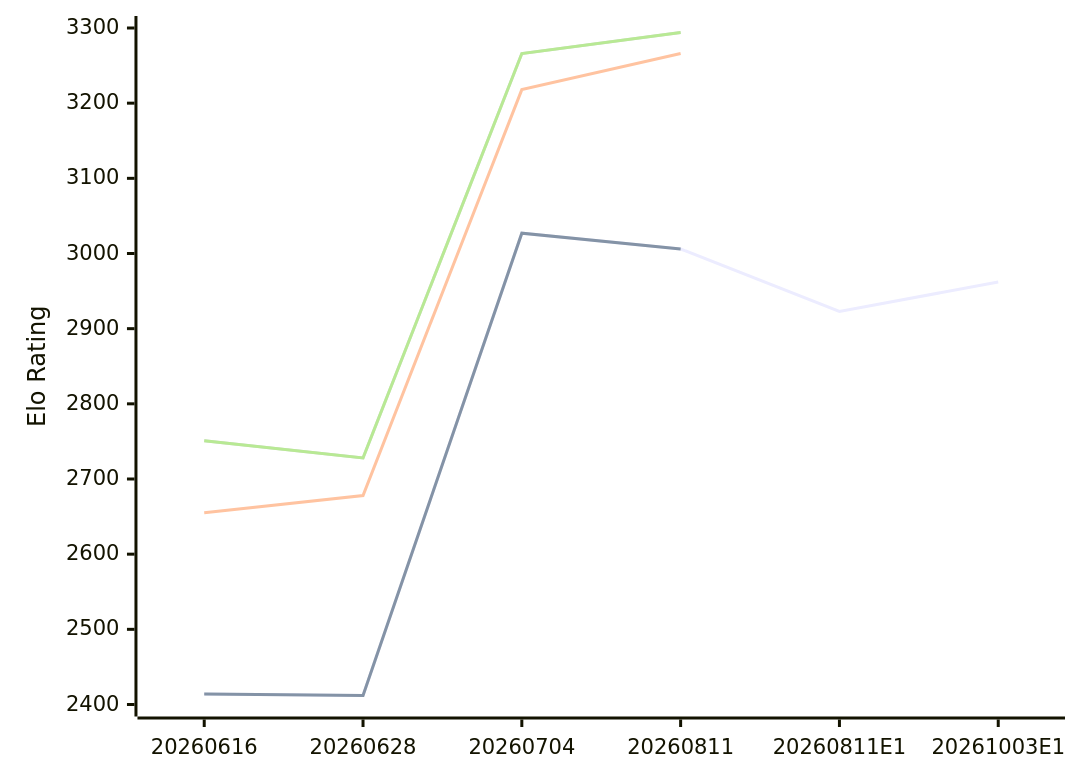
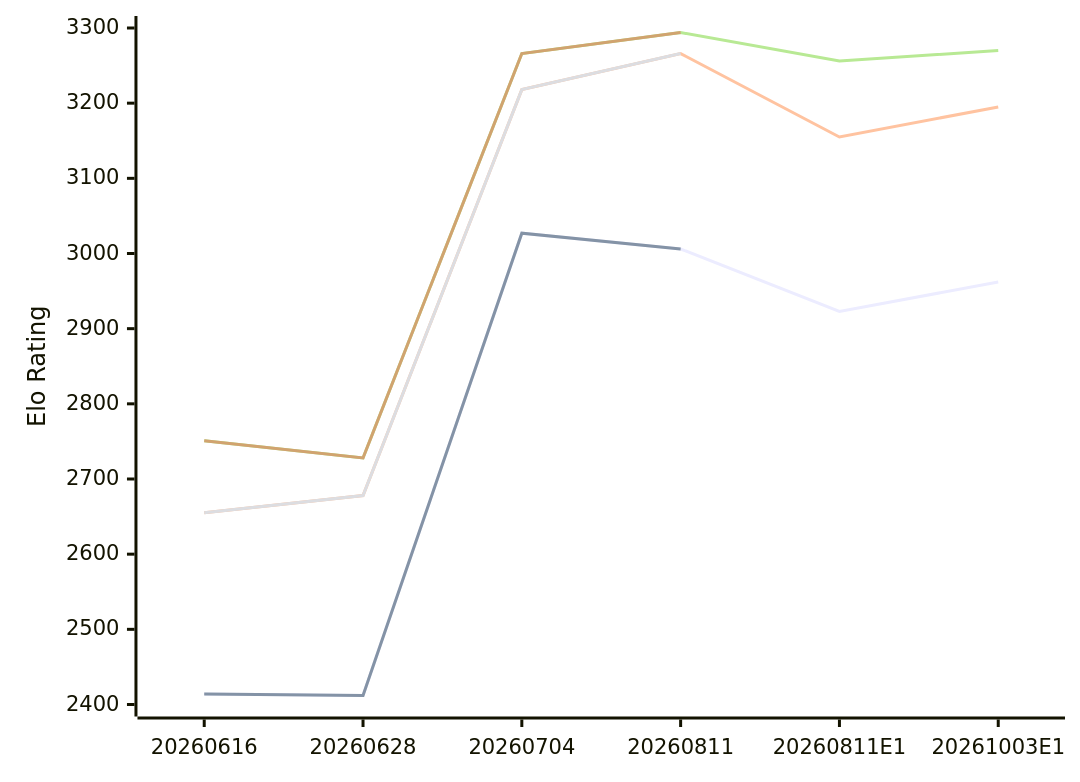
One commit to computer-chess-index/cci changed the diagram in engines/Askaig.md. Above: the diagram before and after it, drawn with Mermaid. The commit also changed other lines of this file, not shown here.

Commit message:
Update CCI Ratings (ELO VLTC) - 2026-10-11

````diff
--- a/engines/Askaig.md
+++ b/engines/Askaig.md
@@ -52,11 +52,12 @@
 ```mermaid
 %%{init: {"theme":"base","themeVariables":{"seriesColors:['#a3a3a3','#222221','#faa371']}}}%%
 xychart-beta
   x-axis ["20260616", "20260628", "20260704", "20260811","20260811E1", "20261003E1"]
   y-axis "Elo Rating" 2400 --> 3300
   line "E1: STC (8.0+0.08s)" [2414, 2412, 3027, 3006,2923, 2962]
   line "T1: STC (8.0+0.08s)" [2414, 2412, 3027, 3006]
+  line "E1: LTC (60.0+0.60s)" [2655, 2678, 3218, 3266,3155, 3195]
   line "T1: LTC (60.0+0.60s)" [2655, 2678, 3218, 3266]
-  line "" [2751, 2728, 3266, 3294]
+  line "E1: VLTC (2m24s+1.12s)" [2751, 2728, 3266, 3294,3256, 3270]
   line "T1: VLTC (2m24s+1.12s)" [2751, 2728, 3266, 3294]
 ```
````
